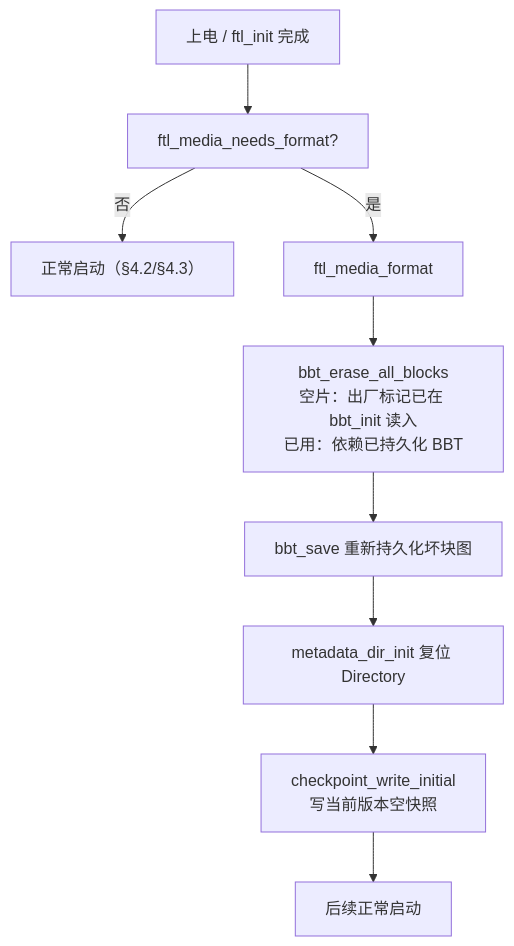
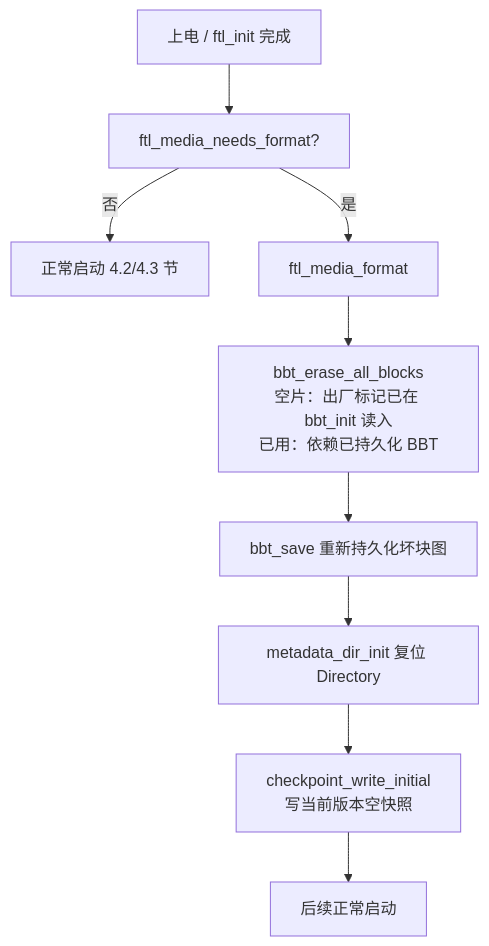
Before and after one commit to YzYMIAO/BASESSD: diagram 19 of 28 in docs/design/ftl_design.md, drawn with Mermaid. The commit also changed other lines of this file, not shown here.

First line of the commit message:
docs(ftl): 修复 GitHub 目录跳转与 mermaid 渲染

````diff
--- a/docs/design/ftl_design.md
+++ b/docs/design/ftl_design.md
@@ -2712,11 +2756,11 @@
 ```mermaid
 flowchart TD
     A["上电 / ftl_init 完成"] --> B["ftl_media_needs_format?"]
-    B -- "否" --> C["正常启动（§4.2/§4.3）"]
+    B -- "否" --> C["正常启动 4.2/4.3 节 "]
     B -- "是" --> D["ftl_media_format"]
     D --> D1["bbt_erase_all_blocks<br/>空片：出厂标记已在 bbt_init 读入<br/>已用：依赖已持久化 BBT"]
     D1 --> D2["bbt_save 重新持久化坏块图"]
     D2 --> D3["metadata_dir_init 复位 Directory"]
     D3 --> D4["checkpoint_write_initial<br/>写当前版本空快照"]
     D4 --> E["后续正常启动"]
 ```
````
